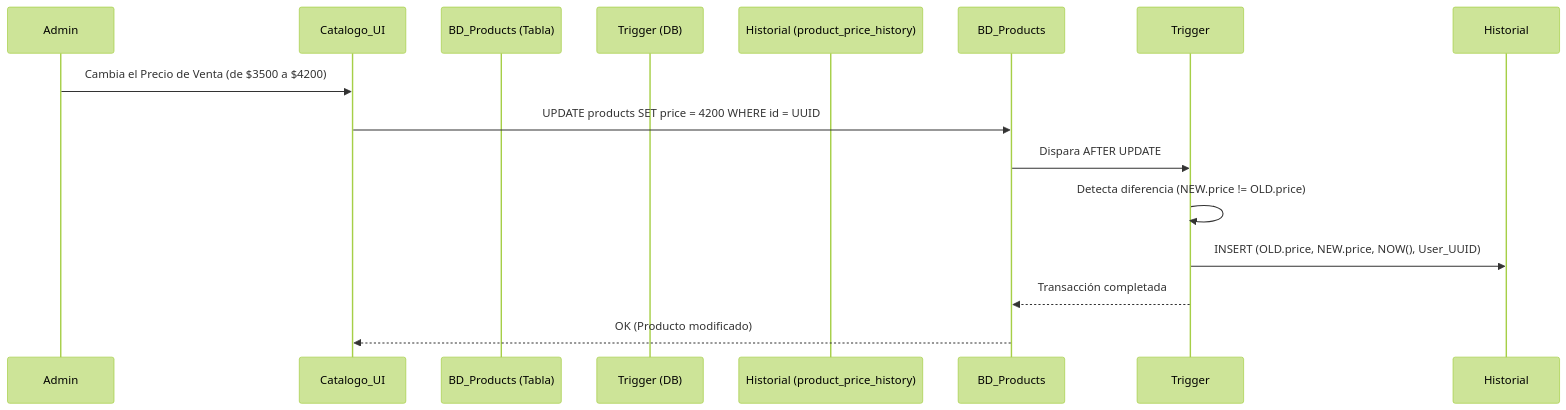
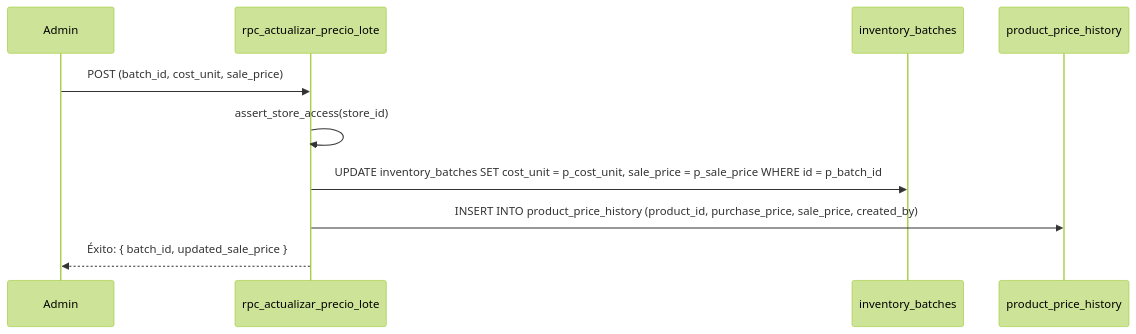
Before and after one commit to YamirJCF/tienda-barrio-pro: the first of 3 diagrams in documentation/01_requirements/SDD/SDD_010_HISTORIAL_PRECIOS.md, drawn with Mermaid (forest theme). The commit also changed other lines of this file and 5 other files, not shown here.

````diff
--- a/documentation/01_requirements/SDD/SDD_010_HISTORIAL_PRECIOS.md
+++ b/documentation/01_requirements/SDD/SDD_010_HISTORIAL_PRECIOS.md
@@ -34,18 +57,13 @@
 ```mermaid
 sequenceDiagram
     participant Admin
-    participant Catalogo_UI
-    participant BD_Products (Tabla)
-    participant Trigger (DB)
-    participant Historial (product_price_history)
+    participant RPC as rpc_actualizar_precio_lote
+    participant B as inventory_batches
+    participant H as product_price_history
 
-    Admin->>Catalogo_UI: Cambia el Precio de Venta (de $3500 a $4200)
-    Catalogo_UI->>BD_Products: UPDATE products SET price = 4200 WHERE id = UUID
-    
-    BD_Products->>Trigger: Dispara AFTER UPDATE
-    Trigger->>Trigger: Detecta diferencia (NEW.price != OLD.price)
-    Trigger->>Historial: INSERT (OLD.price, NEW.price, NOW(), User_UUID)
-    
-    Trigger-->>BD_Products: Transacción completada
-    BD_Products-->>Catalogo_UI: OK (Producto modificado)
+    Admin->>RPC: POST (batch_id, cost_unit, sale_price)
+    RPC->>RPC: assert_store_access(store_id)
+    RPC->>B: UPDATE inventory_batches SET cost_unit = p_cost_unit, sale_price = p_sale_price WHERE id = p_batch_id
+    RPC->>H: INSERT INTO product_price_history (product_id, purchase_price, sale_price, created_by)
+    RPC-->>Admin: Éxito: { batch_id, updated_sale_price }
 ```
````
